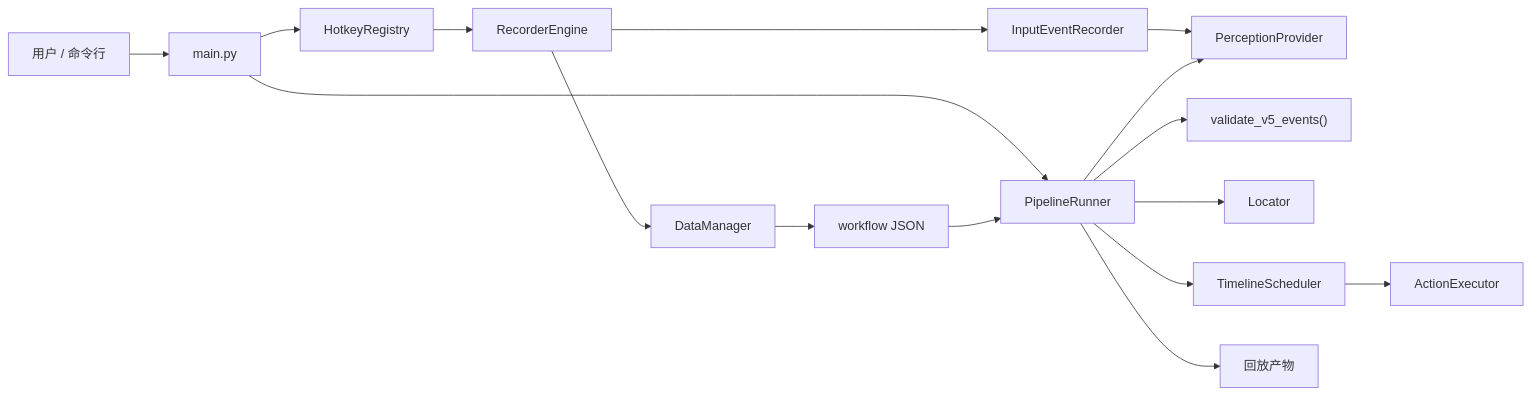
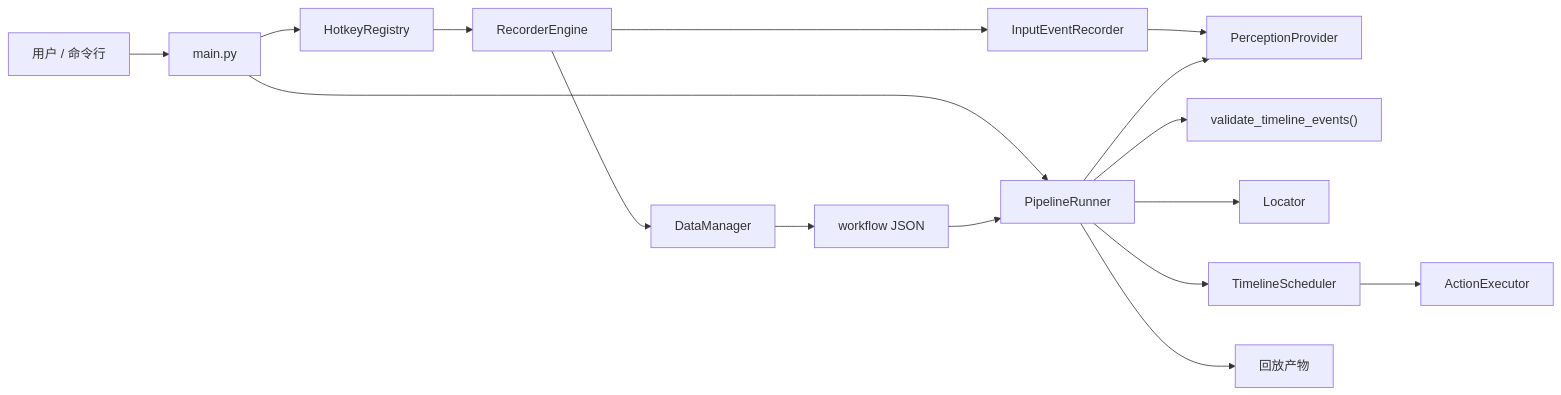
The first of 3 diagrams in docs/ARCHITECTURE.md (zlZayn/rpa_snap_locate), drawn with Mermaid before and after one commit. The commit also changed other lines of this file, not shown here.

Commit message:
docs: sync ARCHITECTURE.md with rename refactoring

````diff
--- a/docs/ARCHITECTURE.md
+++ b/docs/ARCHITECTURE.md
@@ -21,19 +21,19 @@
 ```mermaid
 flowchart LR
     U["用户 / 命令行"] --> M["main.py"]
     M --> H["HotkeyRegistry"]
     H --> R["RecorderEngine"]
     R --> I["InputEventRecorder"]
     R --> D["DataManager"]
     I --> P["PerceptionProvider"]
     D --> W["workflow JSON"]
 
     M --> PR["PipelineRunner"]
     W --> PR
-    PR --> V["validate_v5_events()"]
+    PR --> V["validate_timeline_events()"]
     PR --> L["Locator"]
     PR --> S["TimelineScheduler"]
     S --> A["ActionExecutor"]
     PR --> P
     PR --> O["回放产物"]
 ```
````
